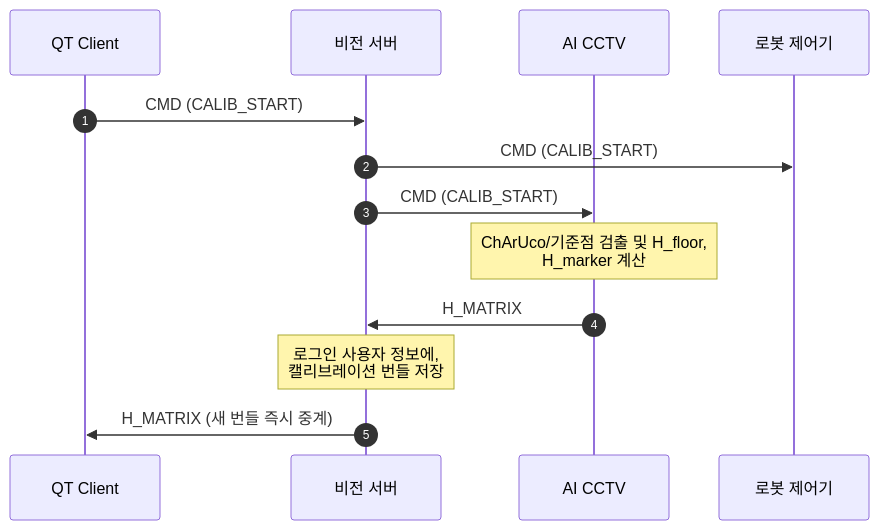
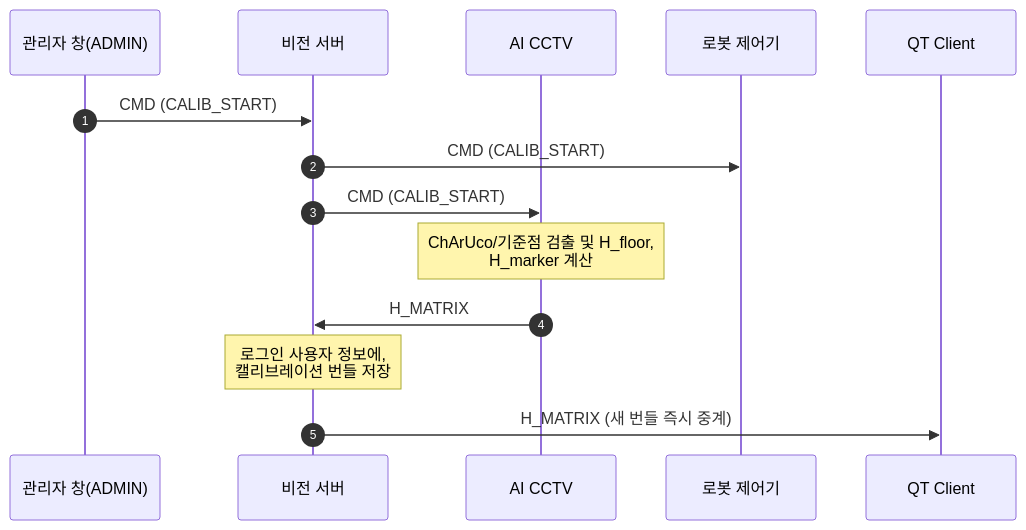
One commit to veda-4th-team4/Road_Painter_4th changed the second of 5 diagrams in Server/PROTOCOL.md. Above: the diagram before and after it, drawn with Mermaid. The commit also changed other lines of this file and 18 other files, not shown here.

Commit message:
feat(server): cam_ip·DRAW_FAIL·로그중계 + admin_console CCTV 분리·UI 통일

````diff
--- a/Server/PROTOCOL.md
+++ b/Server/PROTOCOL.md
@@ -422,17 +476,18 @@
 ```mermaid
 sequenceDiagram
     autonumber
-    participant QT as QT Client
+    participant Admin as 관리자 창(ADMIN)
     participant Server as 비전 서버
     participant CCTV as AI CCTV
     participant ROBOT as 로봇 제어기
+    participant QT as QT Client
 
-    QT->>Server: CMD (CALIB_START)
+    Admin->>Server: CMD (CALIB_START)
     Server->>ROBOT: CMD (CALIB_START)
     Server->>CCTV: CMD (CALIB_START)
 
     Note over CCTV: ChArUco/기준점 검출 및 H_floor,<br/>H_marker 계산
     CCTV->>Server: H_MATRIX
     Note over Server: 로그인 사용자 정보에,<br/>캘리브레이션 번들 저장
     Server->>QT: H_MATRIX (새 번들 즉시 중계)
 ```
````
